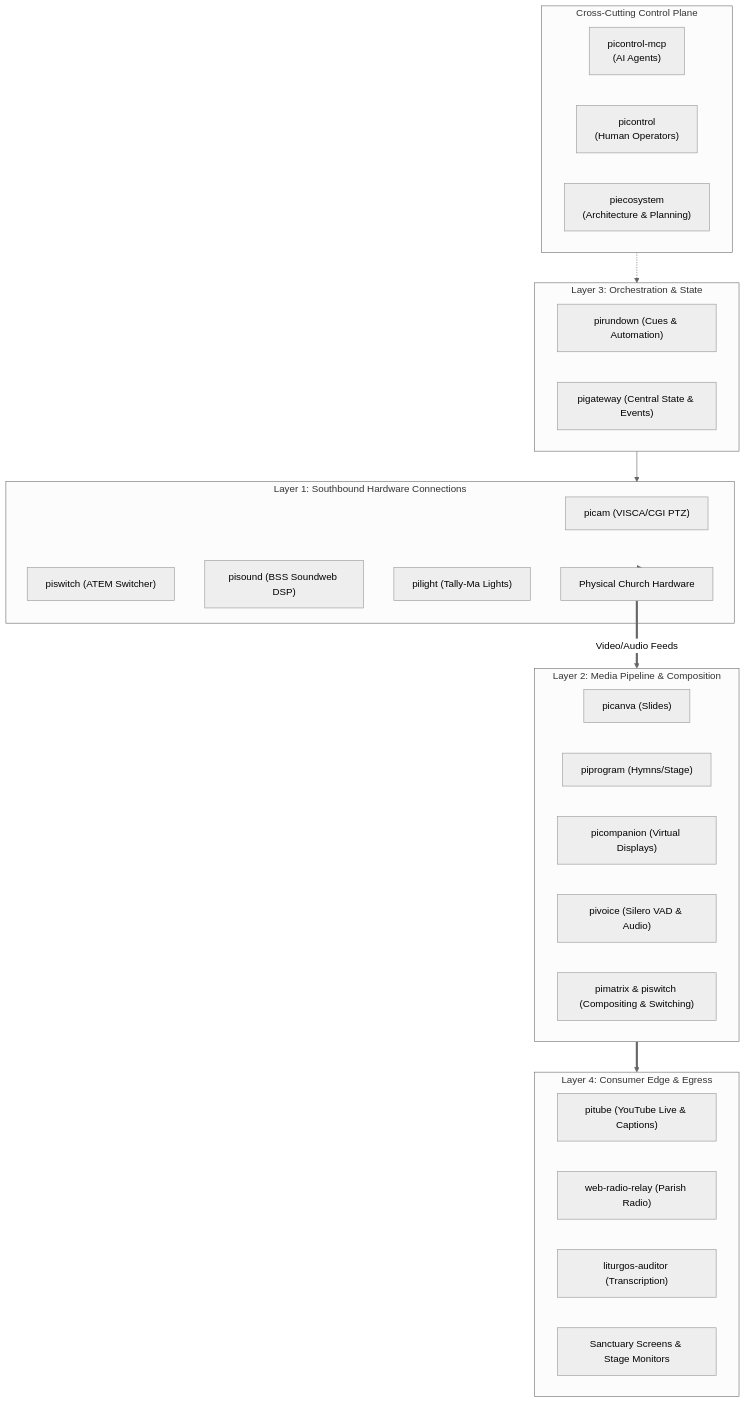
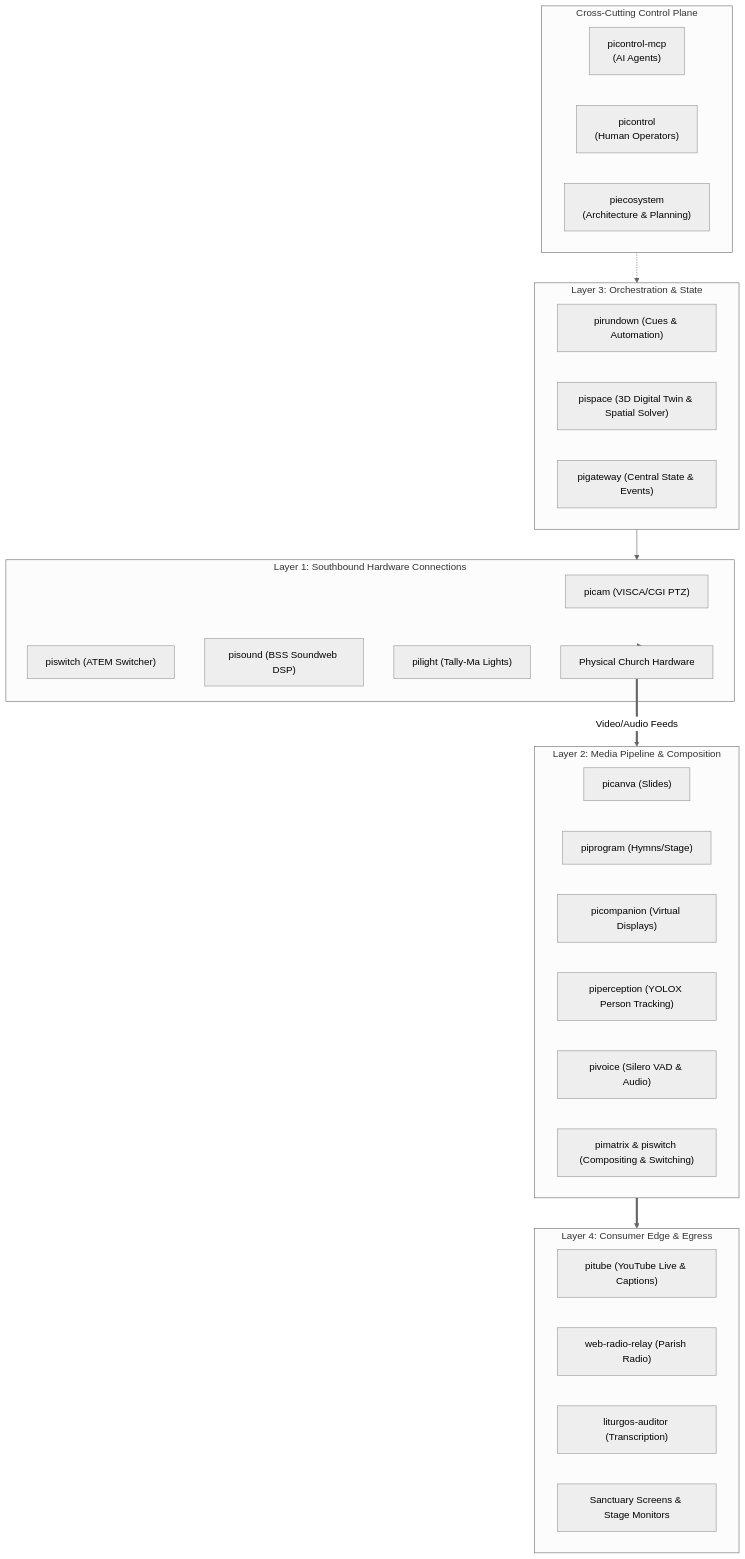
The diagram in README.md (jsilvanus/piecosystem), drawn with Mermaid (neutral theme) before and after one commit. The commit also changed other lines of this file and 4 other files, not shown here.

Commit message:
feat: incorporate pispace and piperception into architecture model and status tooling

````diff
--- a/README.md
+++ b/README.md
@@ -11,42 +11,44 @@
 ```mermaid
 graph TD
     subgraph CP["Cross-Cutting Control Plane"]
         MCP["picontrol-mcp<br/>(AI Agents)"]
         UI["picontrol<br/>(Human Operators)"]
         ECO["piecosystem<br/>(Architecture & Planning)"]
     end
 
     subgraph L3["Layer 3: Orchestration & State"]
         RUNDOWN["pirundown (Cues & Automation)"]
+        SPACE["pispace (3D Digital Twin & Spatial Solver)"]
         GATEWAY["pigateway (Central State & Events)"]
     end
 
     subgraph L2["Layer 2: Media Pipeline & Composition"]
         CANVA["picanva (Slides)"]
         PGM["piprogram (Hymns/Stage)"]
         COMPANION["picompanion (Virtual Displays)"]
+        PERCEPTION["piperception (YOLOX Person Tracking)"]
         VOICE["pivoice (Silero VAD & Audio)"]
         MATRIX["pimatrix & piswitch (Compositing & Switching)"]
     end
 
     subgraph L1["Layer 1: Southbound Hardware Connections"]
         PICAM["picam (VISCA/CGI PTZ)"]
         PISWITCH["piswitch (ATEM Switcher)"]
         PISOUND["pisound (BSS Soundweb DSP)"]
         PILIGHT["pilight (Tally-Ma Lights)"]
         HW["Physical Church Hardware"]
     end
 
     subgraph L4["Layer 4: Consumer Edge & Egress"]
         YT["pitube (YouTube Live & Captions)"]
         RADIO["web-radio-relay (Parish Radio)"]
         AUDITOR["liturgos-auditor (Transcription)"]
         DISPLAYS["Sanctuary Screens & Stage Monitors"]
     end
 
     CP -.-> L3
     L3 --> L1
     L1 --> HW
     HW ==>|Video/Audio Feeds| L2
     L2 ==> L4
 ```
````
